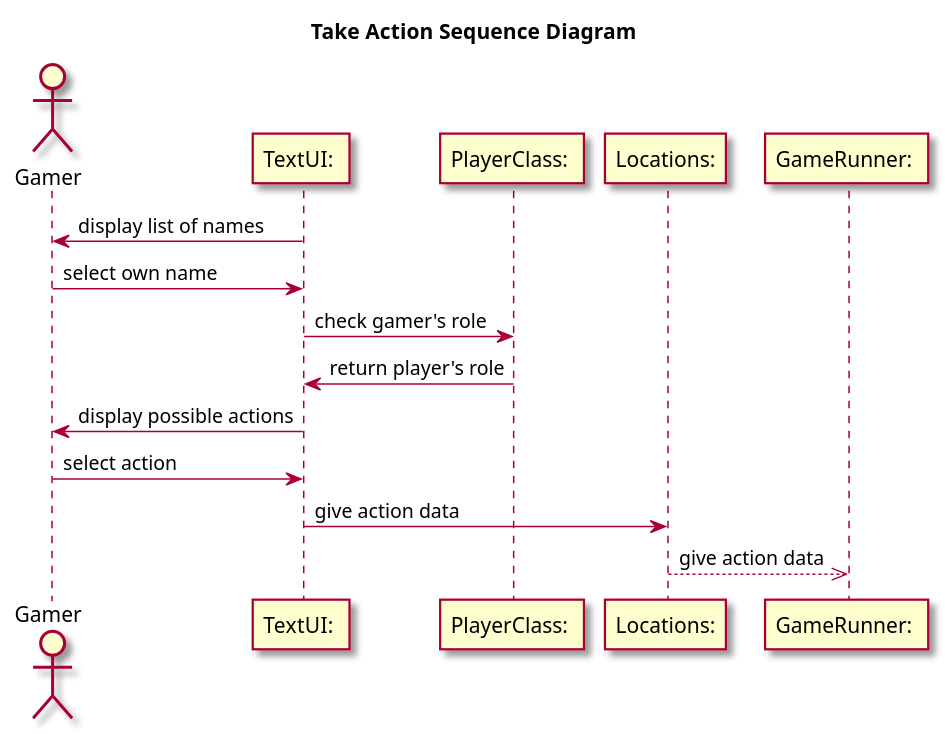
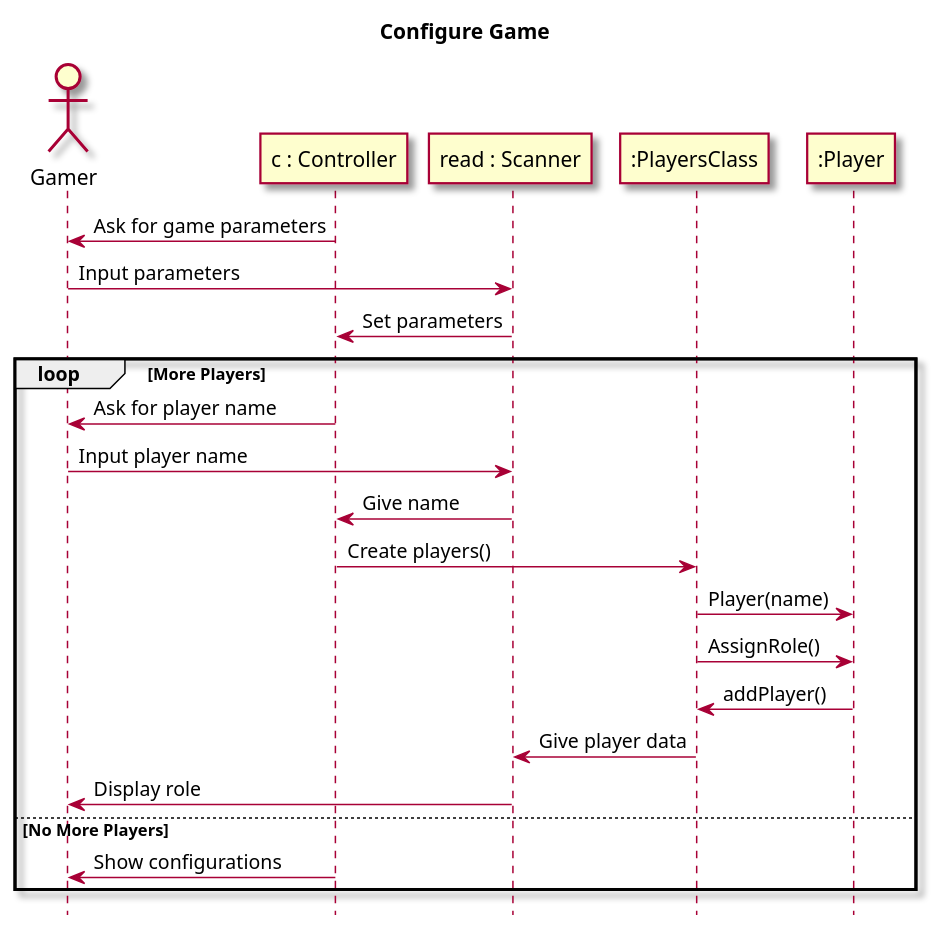
One commit to DeannaLC/AndroidProject changed the first of 4 diagrams in doc/design.md. Above: the diagram before and after it, drawn with PlantUML. The commit also changed other lines of this file and 2 other files, not shown here.

Commit message:
update: add sequence diagrams to design and merge it into desired diagrams; added iteration plan 2

````diff
--- a/doc/design.md
+++ b/doc/design.md
@@ -92,27 +1,34 @@
 ```plantuml
-
-
 @startuml
 
 
-title Take Action Sequence Diagram
+
+
+title Configure Game
+hide footbox
 skin rose
 
+actor Gamer as gamer
+participant "c : Controller" as control
+participant "read : Scanner" as UI
+participant ":PlayersClass" as players
+participant ":Player" as player
 
-actor Gamer as gamer
-participant "TextUI: " as UI
-participant "PlayerClass: " as player
-participant "Locations:" as loc
-participant "GameRunner: " as game
+control -> gamer: Ask for game parameters
+gamer -> UI: Input parameters
+UI -> control: Set parameters
 
-
-UI -> gamer : display list of names
-gamer -> UI : select own name
-UI -> player : check gamer's role
-player -> UI : return player's role
-UI -> gamer : display possible actions
-gamer -> UI : select action
-UI -> loc : give action data
-loc -->> game : give action data
-@enduml
+loop More Players
+control -> gamer: Ask for player name
+gamer -> UI: Input player name
+UI -> control: Give name
+control -> players: Create players()
+players -> player: Player(name)
+players -> player: AssignRole()
+player -> players: addPlayer()
+players -> UI: Give player data
+UI -> gamer: Display role
+else No More Players
+control -> gamer: Show configurations
+end
 ```
````
